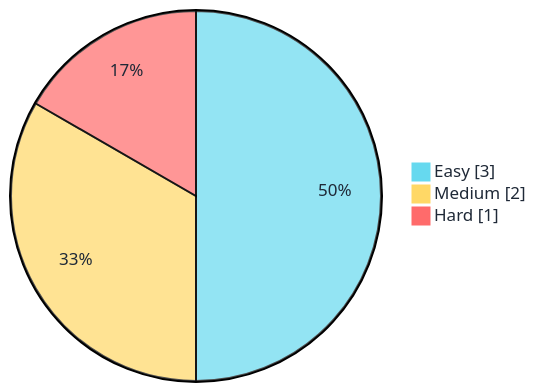
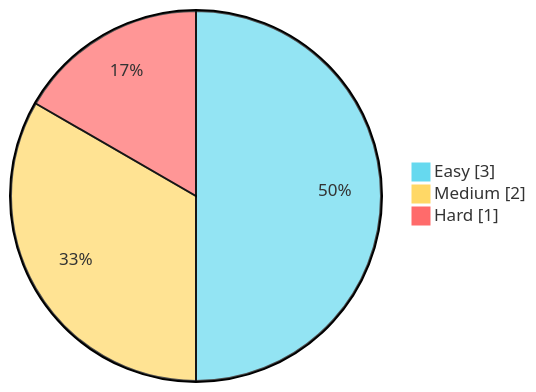
The diagram in README.md (hinata-koizumi/leetcode-journey), drawn with Mermaid before and after one commit. The commit also changed 1 other file, not shown here.

Commit message:
Remove fixed Mermaid label colors for better theme compatibility.

````diff
--- a/README.md
+++ b/README.md
@@ -18,7 +18,7 @@
 ```mermaid
-%%{init: {"theme":"base","themeVariables":{"pie1":"#66d9ef","pie2":"#ffd866","pie3":"#ff6b6b","pieSectionTextColor":"#1f2937","pieLegendTextColor":"#1f2937"}}}%%
+%%{init: {"theme":"base","themeVariables":{"pie1":"#66d9ef","pie2":"#ffd866","pie3":"#ff6b6b"}}}%%
 pie showData
     "Easy" : 3
     "Medium" : 2
     "Hard" : 1
 ```
````
